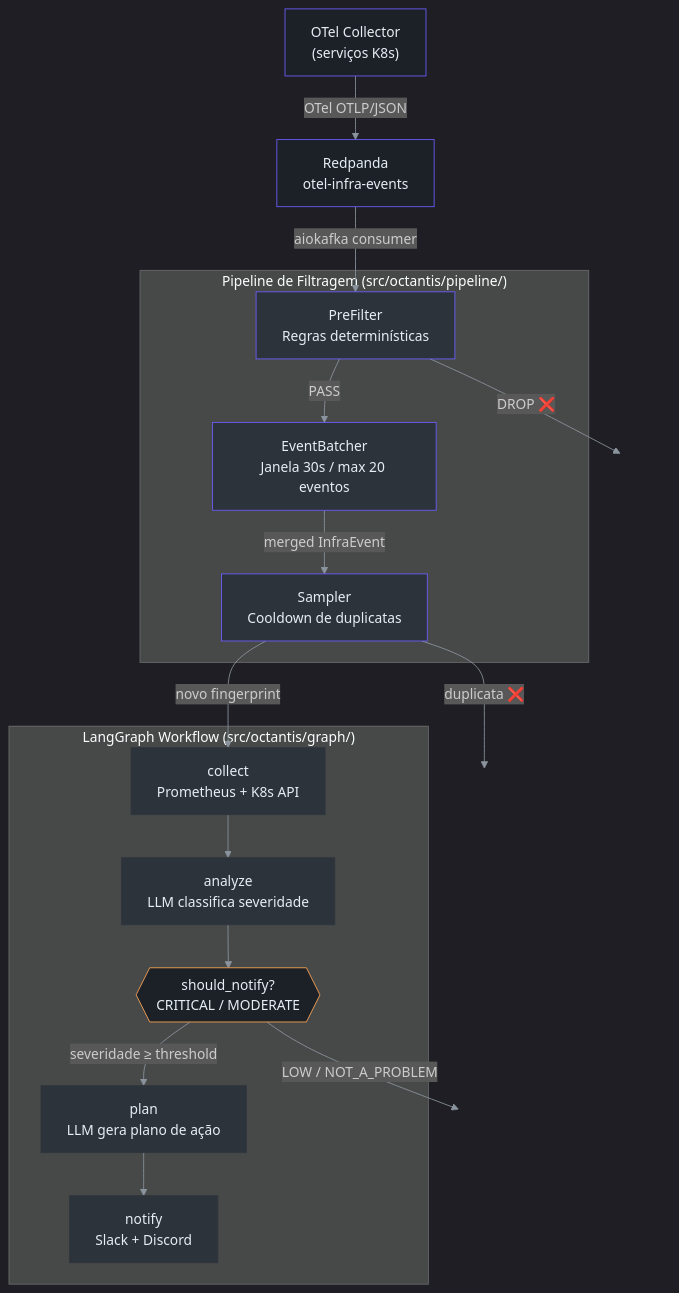
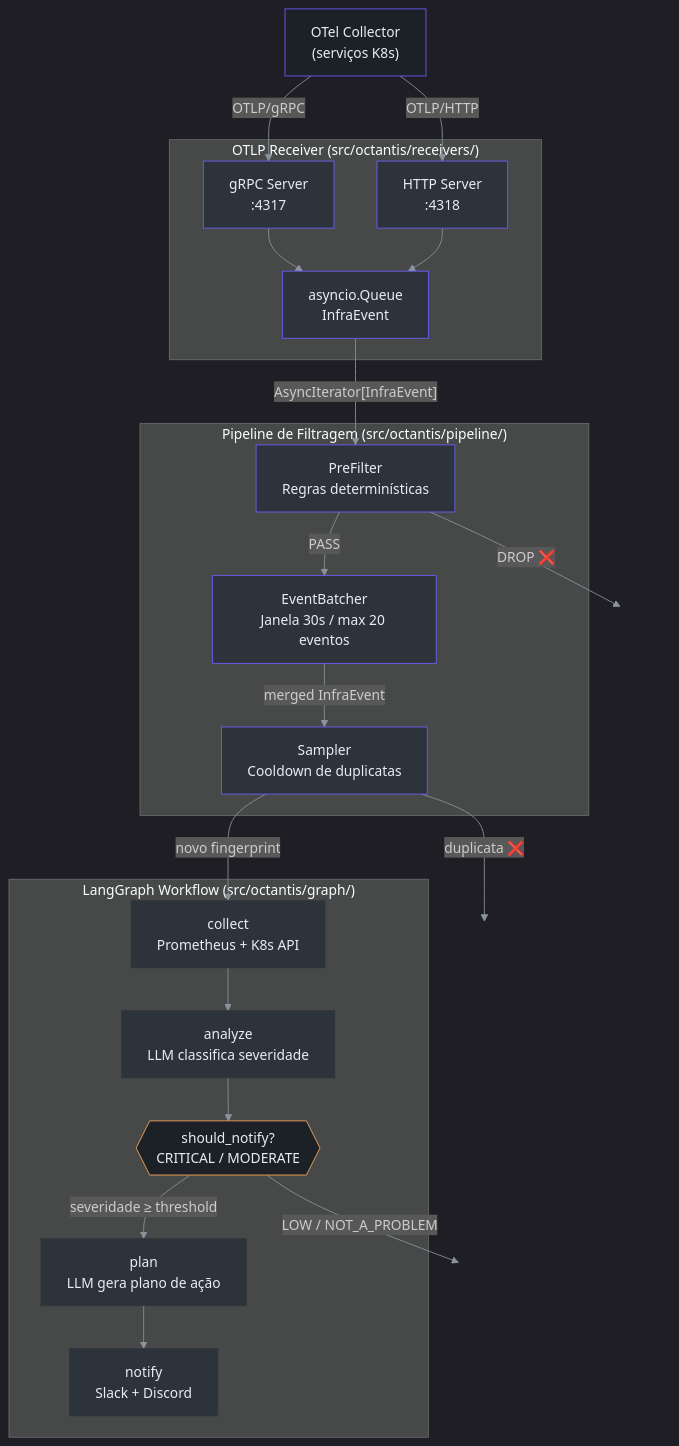
One commit to Vinny1892/octantis changed the first of 2 diagrams in docs/overview.md. Above: the diagram before and after it, drawn with Mermaid. The commit also changed other lines of this file and 66 other files, not shown here.

First line of the commit message:
feat: replace Redpanda with native OTLP receiver (gRPC + HTTP)

````diff
--- a/docs/overview.md
+++ b/docs/overview.md
@@ -20,39 +20,47 @@
 ```mermaid
 %%{init: {"theme": "dark", "themeVariables": {"primaryColor": "#2d333b", "primaryBorderColor": "#6d5dfc", "primaryTextColor": "#e6edf3", "lineColor": "#8b949e", "secondaryColor": "#161b22", "tertiaryColor": "#1c2128"}}}%%
 flowchart TD
     OC["OTel Collector\n(serviços K8s)"]:::ext
-    RP["Redpanda\notel-infra-events"]:::ext
+
+    subgraph receiver["OTLP Receiver  (src/octantis/receivers/)"]
+        GRPC["gRPC Server\n:4317"]:::pipe
+        HTTP["HTTP Server\n:4318"]:::pipe
+        QUEUE["asyncio.Queue\nInfraEvent"]:::pipe
+    end
 
     subgraph pipeline["Pipeline de Filtragem  (src/octantis/pipeline/)"]
         PF["PreFilter\nRegras determinísticas"]:::pipe
         BA["EventBatcher\nJanela 30s / max 20 eventos"]:::pipe
         SA["Sampler\nCooldown de duplicatas"]:::pipe
     end
 
     subgraph agent["LangGraph Workflow  (src/octantis/graph/)"]
         CO["collect\nPrometheus + K8s API"]:::node
         AN["analyze\nLLM classifica severidade"]:::node
         RT{{"should_notify?\nCRITICAL / MODERATE"}}:::cond
         PL["plan\nLLM gera plano de ação"]:::node
         NO["notify\nSlack + Discord"]:::node
     end
 
-    OC -->|"OTel OTLP/JSON"| RP
-    RP -->|"aiokafka consumer"| PF
+    OC -->|"OTLP/gRPC"| GRPC
+    OC -->|"OTLP/HTTP"| HTTP
+    GRPC --> QUEUE
+    HTTP --> QUEUE
+    QUEUE -->|"AsyncIterator[InfraEvent]"| PF
     PF -->|"PASS"| BA
     PF -->|"DROP ❌"| VOID1[" "]:::void
     BA -->|"merged InfraEvent"| SA
     SA -->|"novo fingerprint"| CO
     SA -->|"duplicata ❌"| VOID2[" "]:::void
     CO --> AN
     AN --> RT
     RT -->|"severidade ≥ threshold"| PL
     RT -->|"LOW / NOT_A_PROBLEM"| END1[" "]:::void
     PL --> NO
 
     classDef ext fill:#1c2128,stroke:#6d5dfc,color:#e6edf3
     classDef pipe fill:#2d333b,stroke:#6d5dfc,color:#e6edf3
     classDef node fill:#2d333b,stroke:#30363d,color:#e6edf3
     classDef cond fill:#1c2128,stroke:#ffa657,color:#e6edf3
     classDef void fill:none,stroke:none
 ```
````
